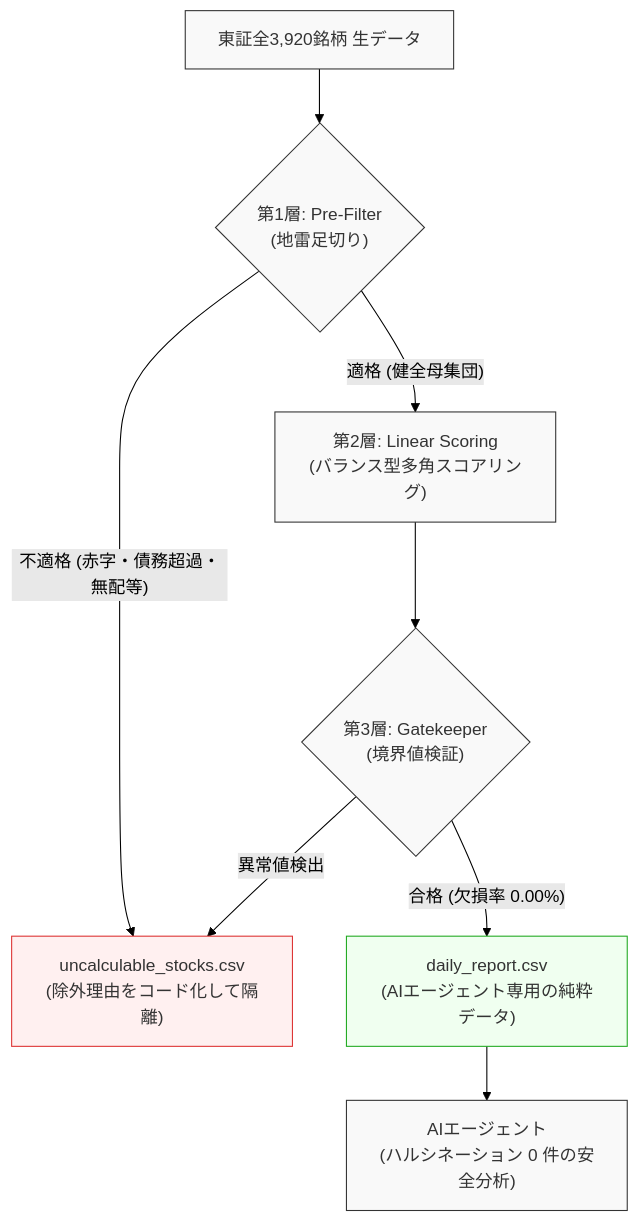
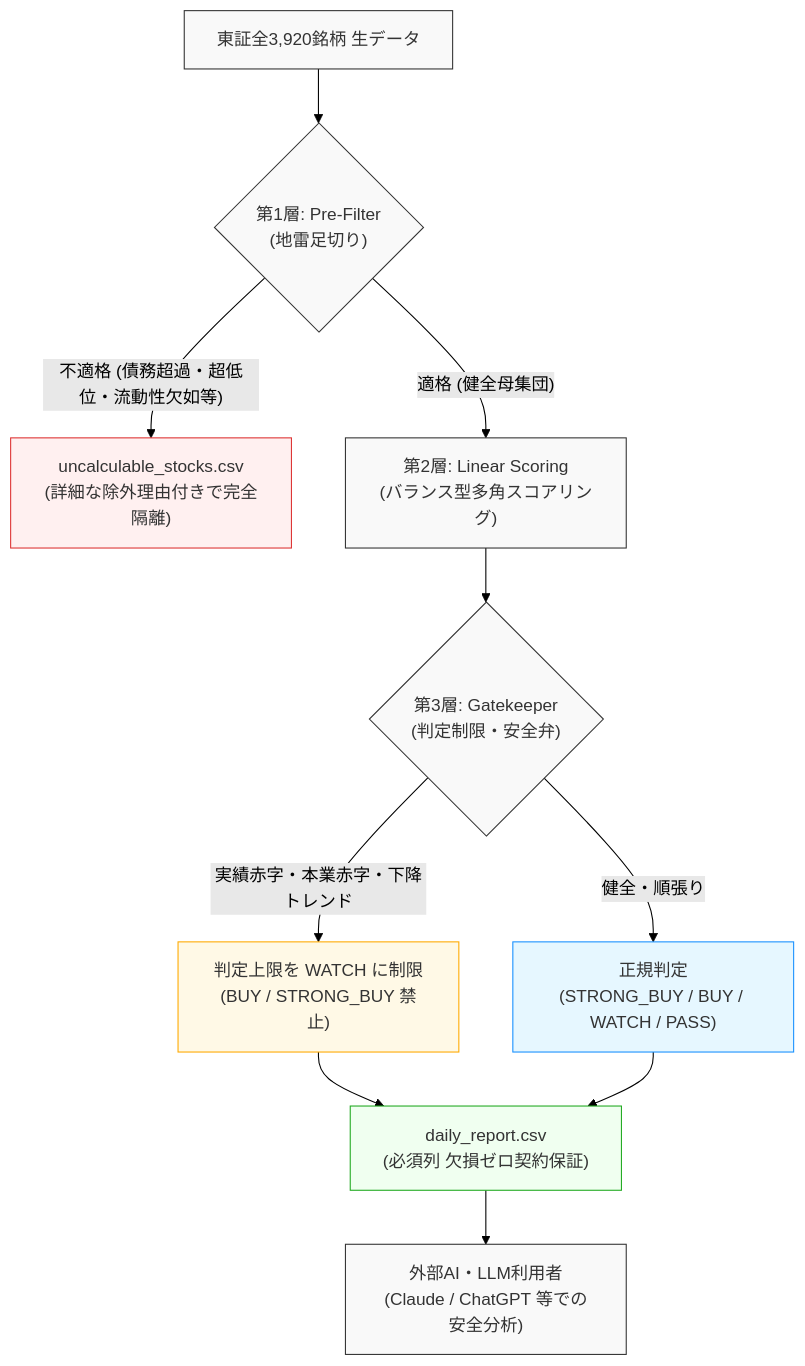
One commit to akkyey/stock-analyzer-core changed the second of 2 diagrams in docs/articles/qiita_part2_quant_gatekeeper.md. Above: the diagram before and after it, drawn with Mermaid (forest theme). The commit also changed other lines of this file and 82 other files, not shown here.

````diff
--- a/docs/articles/qiita_part2_quant_gatekeeper.md
+++ b/docs/articles/qiita_part2_quant_gatekeeper.md
@@ -121,21 +121,26 @@
 ```mermaid
 flowchart TD
     Raw["東証全3,920銘柄 生データ"] --> L1{"第1層: Pre-Filter<br>(地雷足切り)"}
     
-    L1 -- "不適格 (赤字・債務超過・無配等)" --> Uncalc["uncalculable_stocks.csv<br>(除外理由をコード化して隔離)"]
+    L1 -- "不適格 (債務超過・超低位・流動性欠如等)" --> Uncalc["uncalculable_stocks.csv<br>(詳細な除外理由付きで完全隔離)"]
     L1 -- "適格 (健全母集団)" --> L2["第2層: Linear Scoring<br>(バランス型多角スコアリング)"]
     
-    L2 --> L3{"第3層: Gatekeeper<br>(境界値検証)"}
-    L3 -- "合格 (欠損率 0.00%)" --> Daily["daily_report.csv<br>(AIエージェント専用の純粋データ)"]
-    L3 -- "異常値検出" --> Uncalc
+    L2 --> L3{"第3層: Gatekeeper<br>(判定制限・安全弁)"}
+    L3 -- "実績赤字・本業赤字・下降トレンド" --> Cap["判定上限を WATCH に制限<br>(BUY / STRONG_BUY 禁止)"]
+    L3 -- "健全・順張り" --> Normal["正規判定<br>(STRONG_BUY / BUY / WATCH / PASS)"]
     
-    Daily --> AI["AIエージェント<br>(ハルシネーション 0 件の安全分析)"]
+    Cap --> Daily["daily_report.csv<br>(必須列 欠損ゼロ契約保証)"]
+    Normal --> Daily
+    
+    Daily --> AI["外部AI・LLM利用者<br>(Claude / ChatGPT 等での安全分析)"]
     
     style Raw fill:#f9f9f9,stroke:#333,stroke-width:1px,color:#333
     style L1 fill:#f9f9f9,stroke:#333,stroke-width:1px,color:#333
     style L2 fill:#f9f9f9,stroke:#333,stroke-width:1px,color:#333
     style L3 fill:#f9f9f9,stroke:#333,stroke-width:1px,color:#333
     style Uncalc fill:#fff0f0,stroke:#d33,stroke-width:1px,color:#333
+    style Cap fill:#fff9e6,stroke:#fa0,stroke-width:1px,color:#333
+    style Normal fill:#e6f7ff,stroke:#1890ff,stroke-width:1px,color:#333
     style Daily fill:#f0fff0,stroke:#2a2,stroke-width:1px,color:#333
     style AI fill:#f9f9f9,stroke:#333,stroke-width:1px,color:#333
 ```
````
